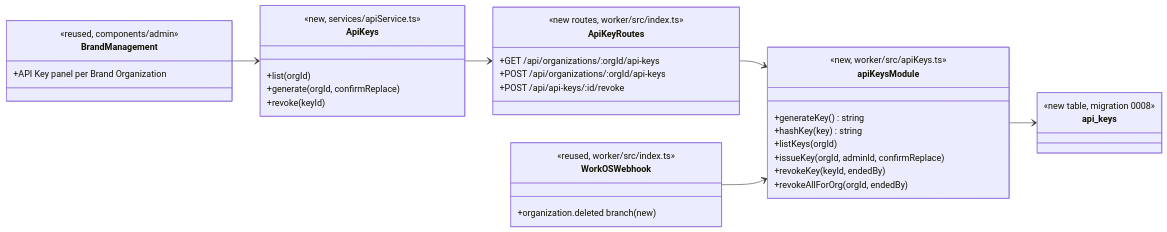
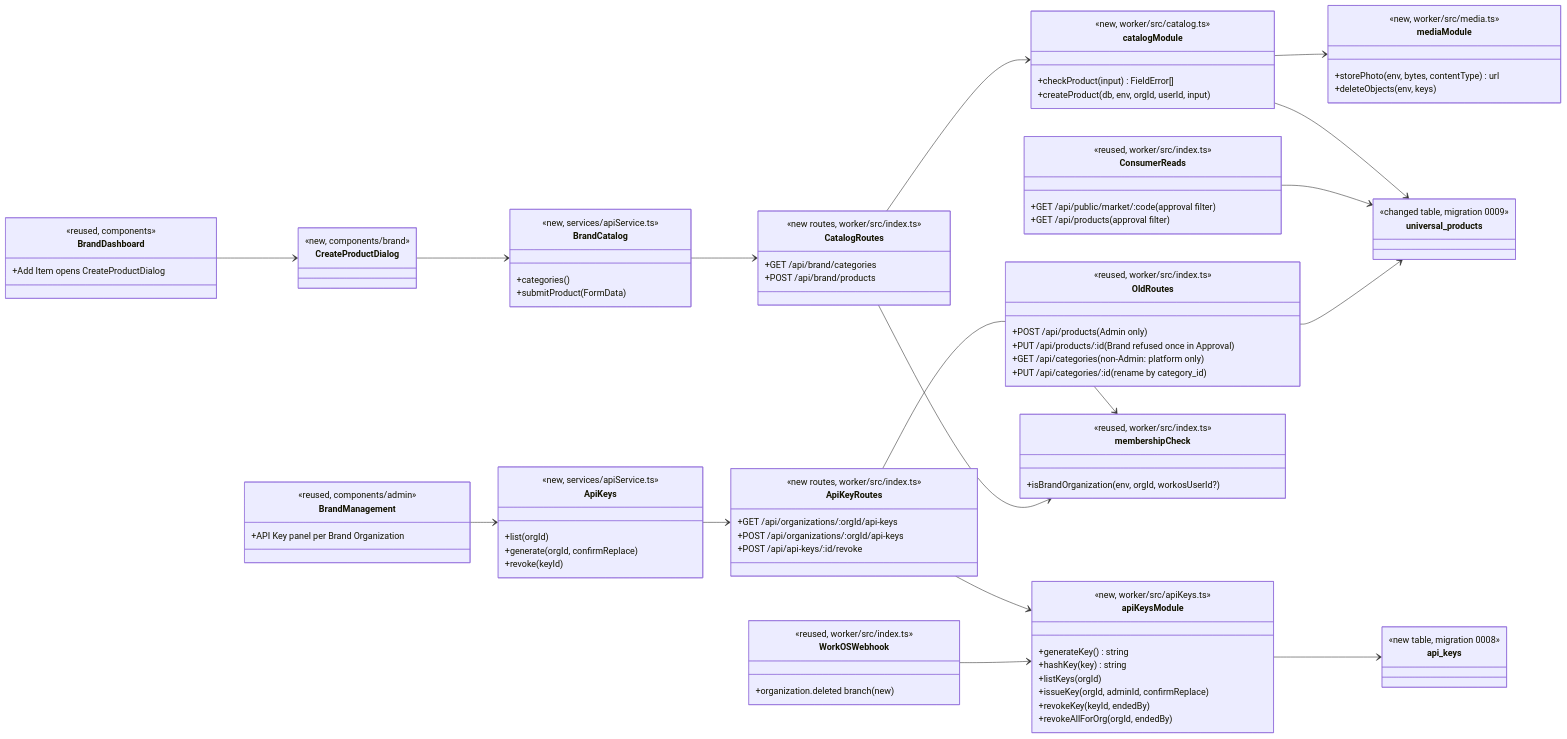
One commit to gkuchar/cosc-40943-team-11-market-match changed the first of 4 diagrams in docs/design/brnd.md. Above: the diagram before and after it, drawn with Mermaid. The commit also changed other lines of this file and 4 other files, not shown here.

First line of the commit message:
Design UC-BRND-create-product (#37)

````diff
--- a/docs/design/brnd.md
+++ b/docs/design/brnd.md
@@ -79,9 +79,65 @@
     class api_keys {
         <<new table, migration 0008>>
     }
+    class BrandDashboard {
+        <<reused, components>>
+        +Add Item opens CreateProductDialog
+    }
+    class CreateProductDialog {
+        <<new, components/brand>>
+    }
+    class BrandCatalog {
+        <<new, services/apiService.ts>>
+        +categories()
+        +submitProduct(FormData)
+    }
+    class CatalogRoutes {
+        <<new routes, worker/src/index.ts>>
+        +GET /api/brand/categories
+        +POST /api/brand/products
+    }
+    class ConsumerReads {
+        <<reused, worker/src/index.ts>>
+        +GET /api/public/market/:code (approval filter)
+        +GET /api/products (approval filter)
+    }
+    class OldRoutes {
+        <<reused, worker/src/index.ts>>
+        +POST /api/products (Admin only)
+        +PUT /api/products/:id (Brand refused once in Approval)
+        +GET /api/categories (non-Admin: platform only)
+        +PUT /api/categories/:id (rename by category_id)
+    }
+    class membershipCheck {
+        <<reused, worker/src/index.ts>>
+        +isBrandOrganization(env, orgId, workosUserId?)
+    }
+    class catalogModule {
+        <<new, worker/src/catalog.ts>>
+        +checkProduct(input) FieldError[]
+        +createProduct(db, env, orgId, userId, input)
+    }
+    class mediaModule {
+        <<new, worker/src/media.ts>>
+        +storePhoto(env, bytes, contentType) url
+        +deleteObjects(env, keys)
+    }
+    class universal_products {
+        <<changed table, migration 0009>>
+    }
     BrandManagement --> ApiKeys
     ApiKeys --> ApiKeyRoutes
     ApiKeyRoutes --> apiKeysModule
+    ApiKeyRoutes --> membershipCheck
     WorkOSWebhook --> apiKeysModule
     apiKeysModule --> api_keys
+    BrandDashboard --> CreateProductDialog
+    CreateProductDialog --> BrandCatalog
+    BrandCatalog --> CatalogRoutes
+    CatalogRoutes --> membershipCheck
+    CatalogRoutes --> catalogModule
+    catalogModule --> mediaModule
+    catalogModule --> universal_products
+    ConsumerReads --> universal_products
+    OldRoutes --> universal_products
 ```
````
